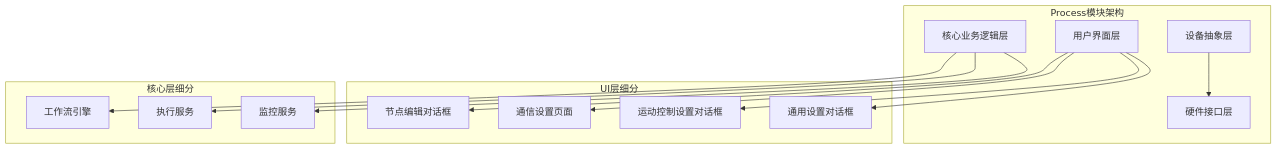
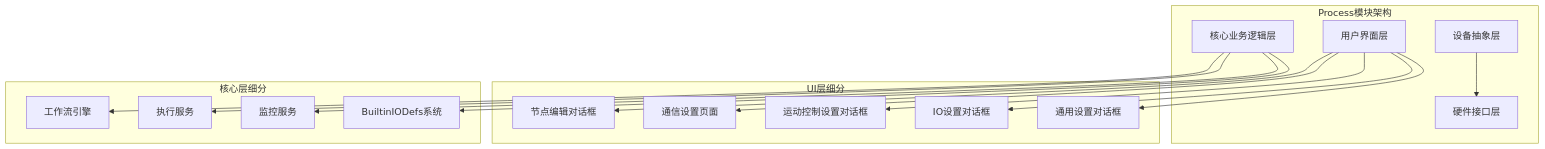
The first of 8 diagrams in .qoder/repowiki/zh/content/项目概述/模块设计/Process模块设计/Process模块设置对话框健壮性增强.md (super1wang/LaserCNCv1.0), drawn with Mermaid before and after one commit. The commit also changed other lines of this file and 45 other files, not shown here.

````diff
--- a/.qoder/repowiki/zh/content/项目概述/模块设计/Process模块设计/Process模块设置对话框健壮性增强.md
+++ b/.qoder/repowiki/zh/content/项目概述/模块设计/Process模块设计/Process模块设置对话框健壮性增强.md
@@ -56,28 +62,32 @@
 ```mermaid
 graph TB
 subgraph "Process模块架构"
 UI[用户界面层]
 Core[核心业务逻辑层]
 Device[设备抽象层]
 Hardware[硬件接口层]
 end
 subgraph "UI层细分"
 NodeEdit[节点编辑对话框]
 CommSettings[通信设置页面]
 MotionControl[运动控制设置对话框]
+IOSetting[IO设置对话框]
 GeneralDlg[通用设置对话框]
 end
 subgraph "核心层细分"
 Workflow[工作流引擎]
 Execution[执行服务]
 Monitor[监控服务]
+IODefs[BuiltinIODefs系统]
 end
 UI --> NodeEdit
 UI --> CommSettings
 UI --> MotionControl
+UI --> IOSetting
 UI --> GeneralDlg
 Core --> Workflow
 Core --> Execution
 Core --> Monitor
+Core --> IODefs
 Device --> Hardware
 ```
````
